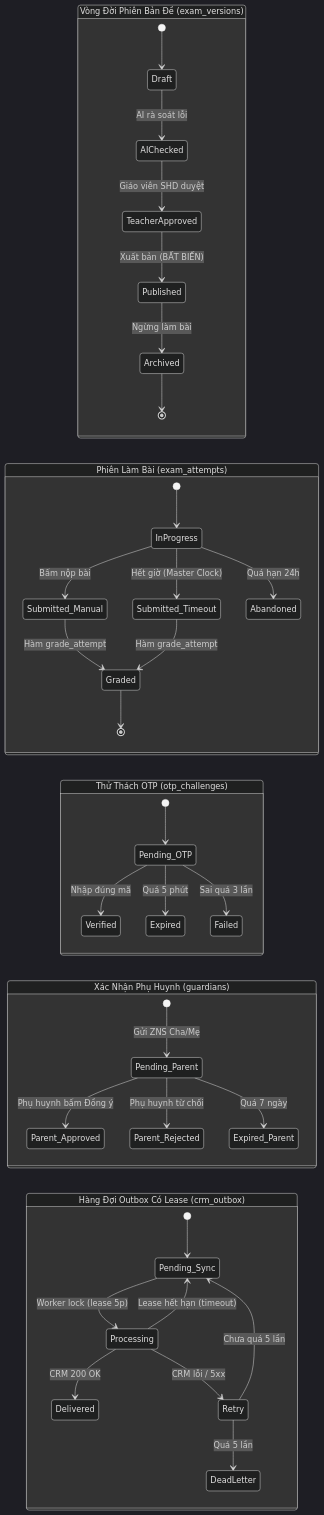
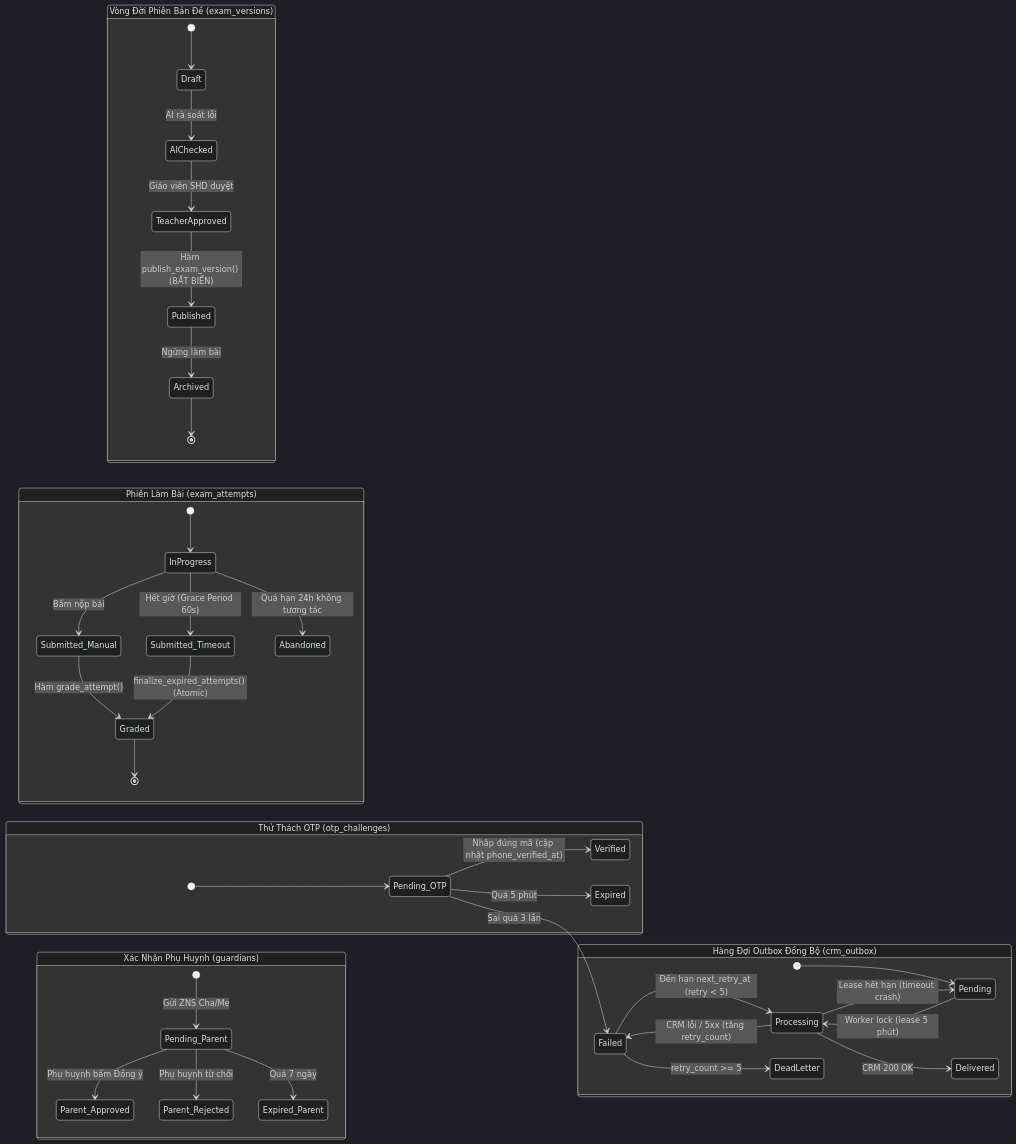
One commit to hoangthanhpro97/shd-tuhoctiengduc changed the sixth of 6 diagrams in docs/architecture/02-data-model.md. Above: the diagram before and after it, drawn with Mermaid (dark theme). The commit also changed other lines of this file, not shown here.

Commit message:
docs(architecture): update data model to v1.2 with security definer functions, section timers, and signals

````diff
--- a/docs/architecture/02-data-model.md
+++ b/docs/architecture/02-data-model.md
@@ -873,47 +798,47 @@
 ```mermaid
 stateDiagram-v2
     direction LR
 
     state "Vòng Đời Phiên Bản Đề (exam_versions)" as SM_Exam {
         [*] --> Draft
         Draft --> AIChecked : AI rà soát lỗi
         AIChecked --> TeacherApproved : Giáo viên SHD duyệt
-        TeacherApproved --> Published : Xuất bản (BẤT BIẾN)
+        TeacherApproved --> Published : Hàm publish_exam_version() (BẤT BIẾN)
         Published --> Archived : Ngừng làm bài
         Archived --> [*]
     }
 
     state "Phiên Làm Bài (exam_attempts)" as SM_Attempt {
         [*] --> InProgress
         InProgress --> Submitted_Manual : Bấm nộp bài
-        InProgress --> Submitted_Timeout : Hết giờ (Master Clock)
-        InProgress --> Abandoned : Quá hạn 24h
-        Submitted_Manual --> Graded : Hàm grade_attempt
-        Submitted_Timeout --> Graded : Hàm grade_attempt
+        InProgress --> Submitted_Timeout : Hết giờ (Grace Period 60s)
+        InProgress --> Abandoned : Quá hạn 24h không tương tác
+        Submitted_Manual --> Graded : Hàm grade_attempt()
+        Submitted_Timeout --> Graded : finalize_expired_attempts() (Atomic)
         Graded --> [*]
     }
 
     state "Thử Thách OTP (otp_challenges)" as SM_OTP {
         [*] --> Pending_OTP
-        Pending_OTP --> Verified : Nhập đúng mã
+        Pending_OTP --> Verified : Nhập đúng mã (cập nhật phone_verified_at)
         Pending_OTP --> Expired : Quá 5 phút
         Pending_OTP --> Failed : Sai quá 3 lần
     }
 
     state "Xác Nhận Phụ Huynh (guardians)" as SM_Guardian {
         [*] --> Pending_Parent : Gửi ZNS Cha/Mẹ
         Pending_Parent --> Parent_Approved : Phụ huynh bấm Đồng ý
         Pending_Parent --> Parent_Rejected : Phụ huynh từ chối
         Pending_Parent --> Expired_Parent : Quá 7 ngày
     }
 
-    state "Hàng Đợi Outbox Có Lease (crm_outbox)" as SM_Outbox {
-        [*] --> Pending_Sync
-        Pending_Sync --> Processing : Worker lock (lease 5p)
+    state "Hàng Đợi Outbox Đồng Bộ (crm_outbox)" as SM_Outbox {
+        [*] --> Pending
+        Pending --> Processing : Worker lock (lease 5 phút)
         Processing --> Delivered : CRM 200 OK
-        Processing --> Pending_Sync : Lease hết hạn (timeout)
-        Processing --> Retry : CRM lỗi / 5xx
-        Retry --> Pending_Sync : Chưa quá 5 lần
-        Retry --> DeadLetter : Quá 5 lần
+        Processing --> Pending : Lease hết hạn (timeout crash)
+        Processing --> Failed : CRM lỗi / 5xx (tăng retry_count)
+        Failed --> Processing : Đến hạn next_retry_at (retry < 5)
+        Failed --> DeadLetter : retry_count >= 5
     }
 ```
````
